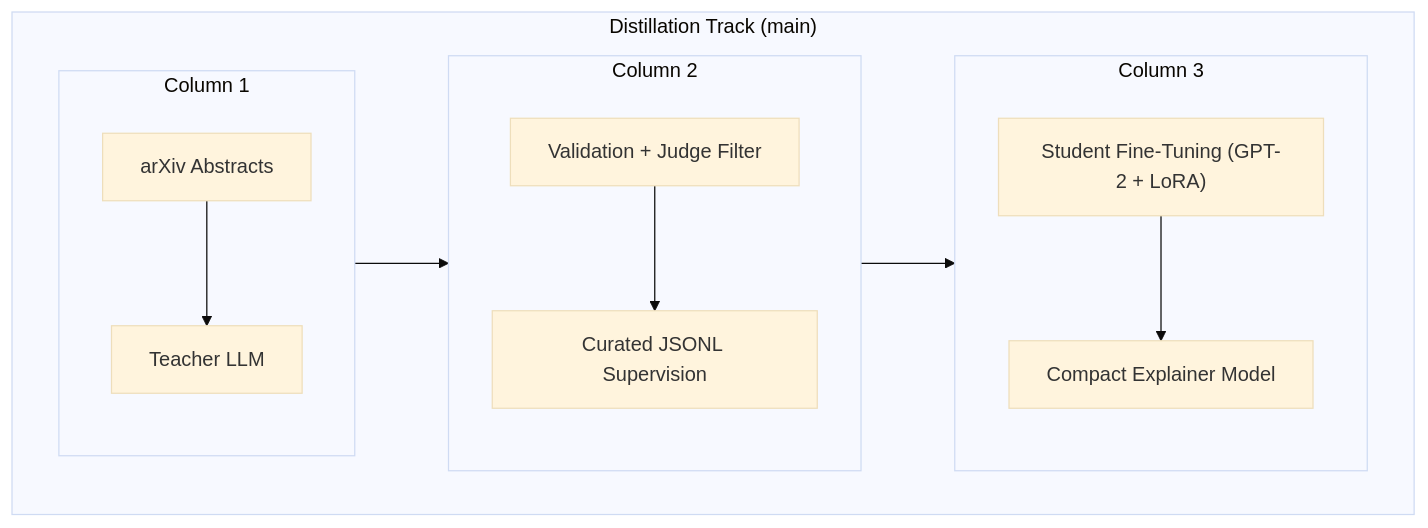
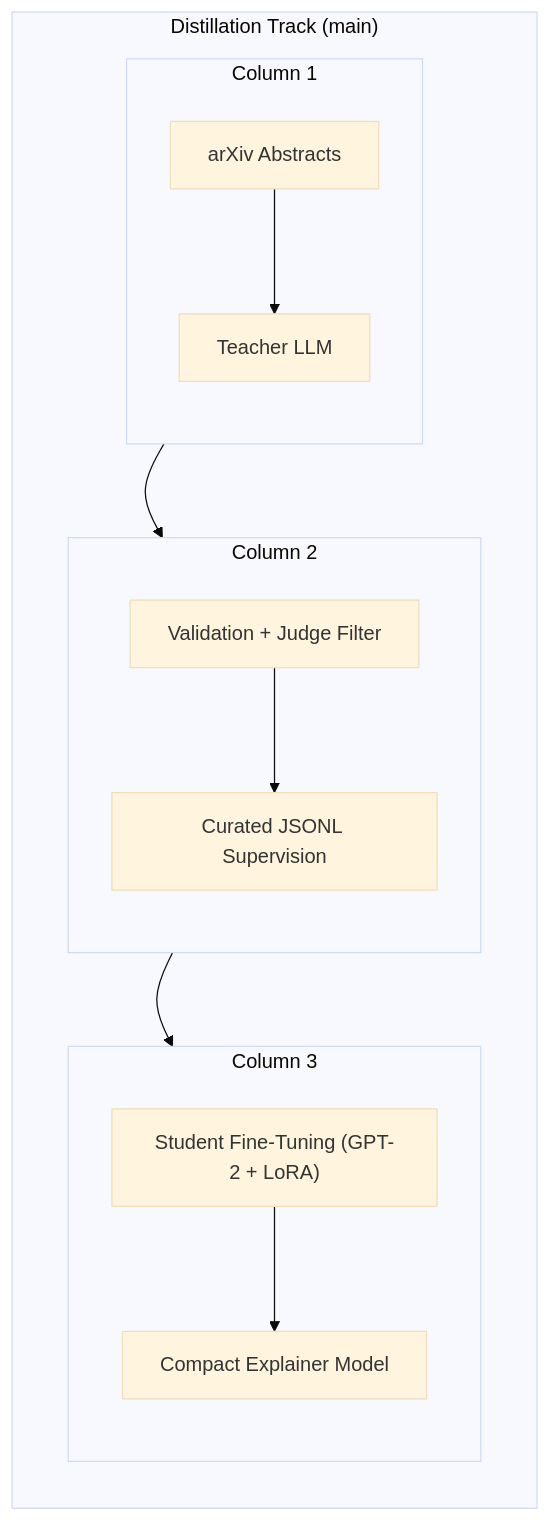
Before and after one commit to daspushpita/MiniAstroGPT: the first of 2 diagrams in README.md, drawn with Mermaid (base theme). The commit also changed other lines of this file, not shown here.

````diff
--- a/README.md
+++ b/README.md
@@ -81,24 +81,28 @@
 ```mermaid
-flowchart LR
+flowchart TB
   subgraph D["Distillation Track (main)"]
-    direction LR
+    direction TB
 
     subgraph D1["Column 1"]
       direction TB
       A["arXiv Abstracts"] --> B["Teacher LLM"]
     end
 
     subgraph D2["Column 2"]
       direction TB
       C["Validation + Judge Filter"] --> E["Curated JSONL Supervision"]
     end
 
     subgraph D3["Column 3"]
       direction TB
       F["Student Fine-Tuning (GPT-2 + LoRA)"] --> G["Compact Explainer Model"]
     end
 
     B --> C
     E --> F
+    A ~~~ C
+    C ~~~ F
+    B ~~~ E
+    E ~~~ G
   end
 ```
````
